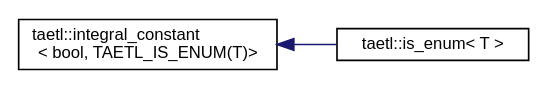
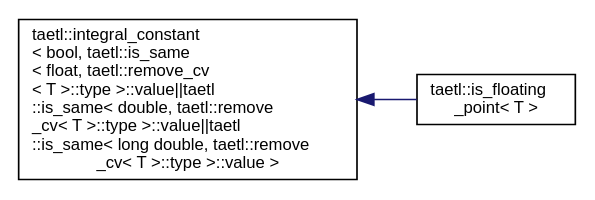
Before and after one commit to tobanteAudio/taetl: the diagram in inherit_graph_8.dot, drawn with Graphviz. The commit also changed 72 other files, not shown here.

```diff
--- a/inherit_graph_8.dot
+++ b/inherit_graph_8.dot
@@ -1,9 +1,9 @@
 digraph "Graphical Class Hierarchy"
 {
   edge [fontname="Helvetica",fontsize="10",labelfontname="Helvetica",labelfontsize="10"];
   node [fontname="Helvetica",fontsize="10",shape=record];
   rankdir="LR";
-  Node0 [label="taetl::integral_constant\l\< bool, TAETL_IS_ENUM(T)\>",height=0.2,width=0.4,color="black", fillcolor="white", style="filled",URL="$structtaetl_1_1integral__constant.html"];
+  Node0 [label="taetl::integral_constant\l\< bool, taetl::is_same\l\< float, taetl::remove_cv\l\< T \>::type \>::value\|\|taetl\l::is_same\< double, taetl::remove\l_cv\< T \>::type \>::value\|\|taetl\l::is_same\< long double, taetl::remove\l_cv\< T \>::type \>::value \>",height=0.2,width=0.4,color="black", fillcolor="white", style="filled",URL="$structtaetl_1_1integral__constant.html"];
   Node0 -> Node1 [dir="back",color="midnightblue",fontsize="10",style="solid",fontname="Helvetica"];
-  Node1 [label="taetl::is_enum\< T \>",height=0.2,width=0.4,color="black", fillcolor="white", style="filled",URL="$structtaetl_1_1is__enum.html"];
+  Node1 [label="taetl::is_floating\l_point\< T \>",height=0.2,width=0.4,color="black", fillcolor="white", style="filled",URL="$structtaetl_1_1is__floating__point.html"];
 }
```
